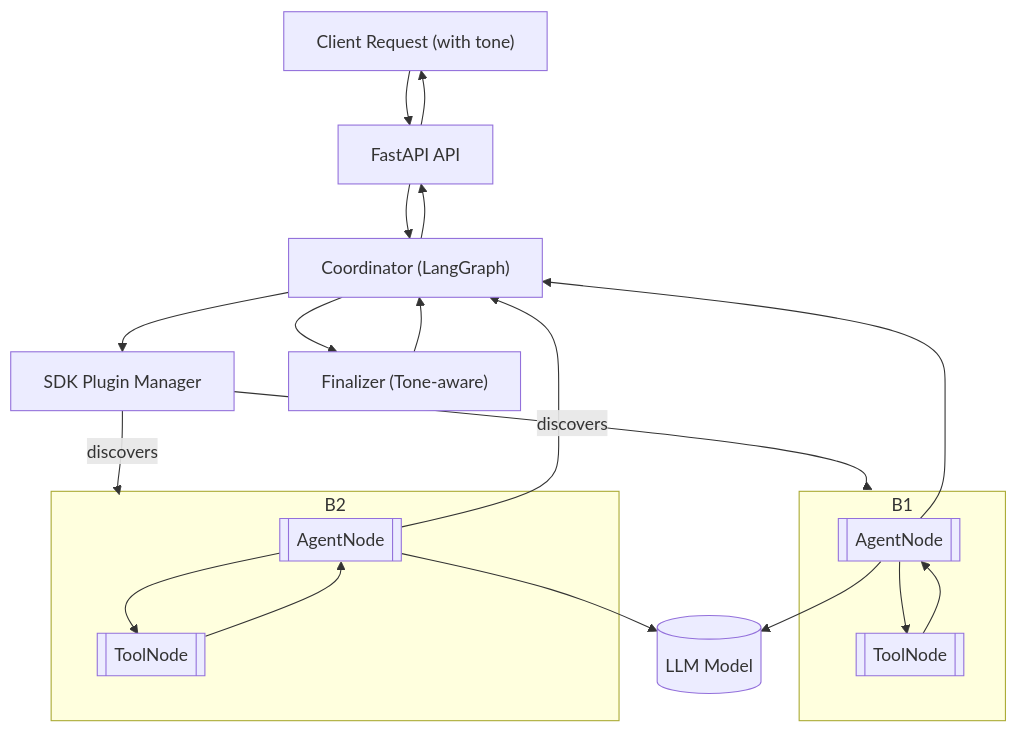
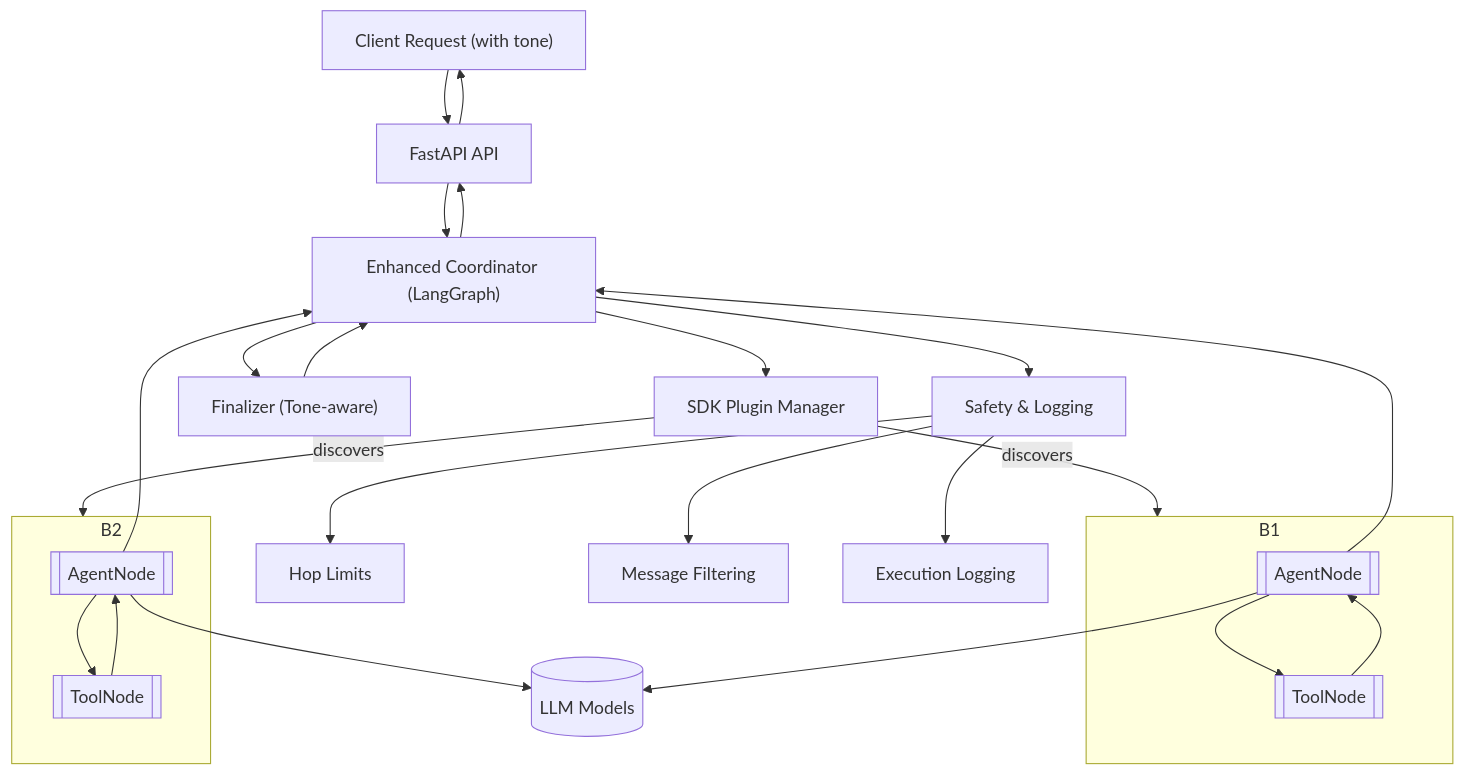
The diagram in docs/index.md (jonaskahn/cadence), drawn with Mermaid before and after one commit. The commit also changed other lines of this file and 37 other files, not shown here.

````diff
--- a/docs/index.md
+++ b/docs/index.md
@@ -61,37 +63,43 @@
 ```mermaid
 flowchart TD
     U["Client Request (with tone)"] --> API["FastAPI API"]
-    API --> COORD["Coordinator (LangGraph)"]
+    API --> COORD["Enhanced Coordinator (LangGraph)"]
     COORD --> PM["SDK Plugin Manager"]
     COORD --> F["Finalizer (Tone-aware)"]
+    COORD --> SAFETY["Safety & Logging"]
 
     PM -->|discovers| B1["Plugin bundle: math_agent"]
     PM -->|discovers| B2["Plugin bundle: search_agent"]
 
     subgraph B1
       A1[[AgentNode]]
       T1[[ToolNode]]
       A1 --> T1
       T1 --> A1
     end
 
     subgraph B2
       A2[[AgentNode]]
       T2[[ToolNode]]
       A2 --> T2
       T2 --> A2
     end
 
     %% Agent returns control to coordinator when not calling tools
     A1 --> COORD
     A2 --> COORD
 
     %% LLM binding used inside AgentNode execution
-    A1 --> LLM[("LLM Model")]
+    A1 --> LLM[("LLM Models")]
     A2 --> LLM
+
+    %% Safety mechanisms
+    SAFETY --> HOP["Hop Limits"]
+    SAFETY --> FILTER["Message Filtering"]
+    SAFETY --> LOG["Execution Logging"]
 
     %% Finalizer handles tone-adapted responses
     F --> COORD
     COORD --> API
     API --> U
 ```
````
